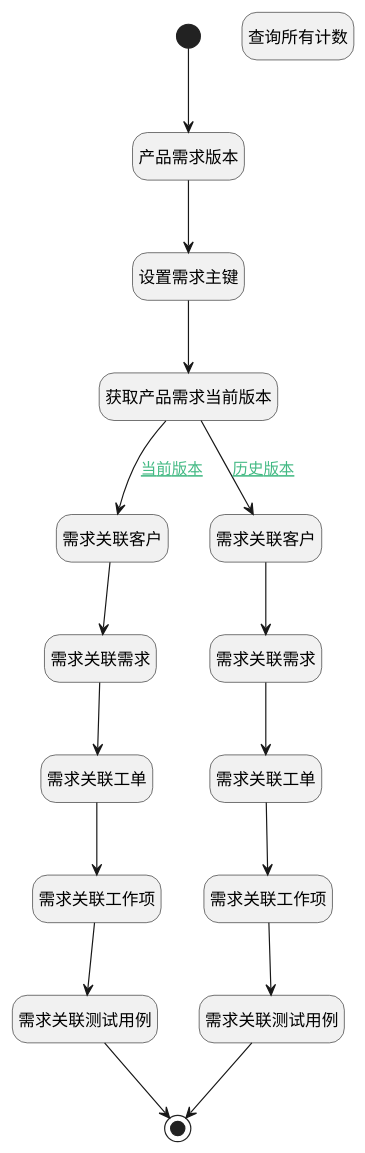
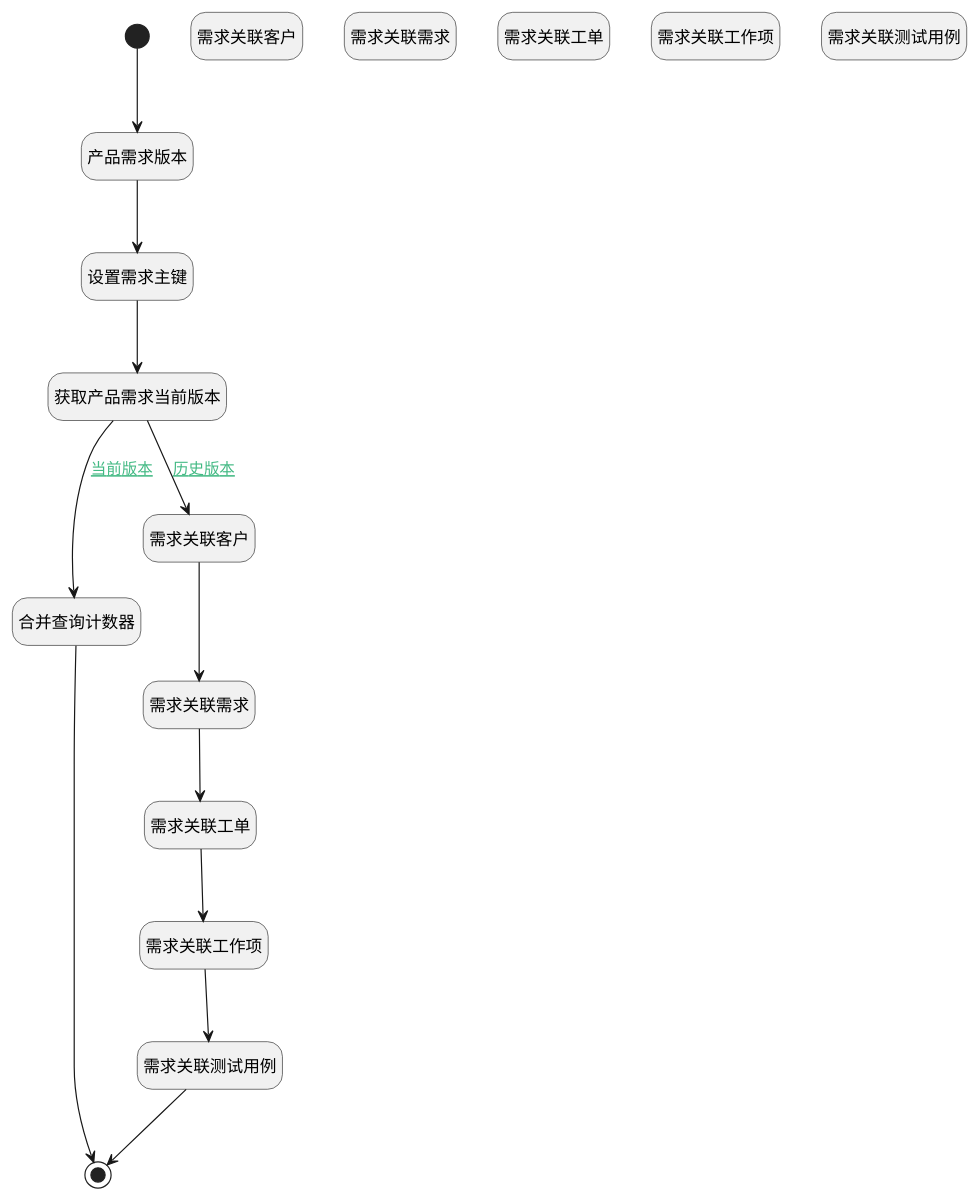
Before and after one commit to iBizLab/plm: the diagram in doc/docsify/module/ProdMgmt/idea/logic/product_idea_re_counters.md, drawn with PlantUML. The commit also changed other lines of this file and 2688 other files, not shown here.

````diff
--- a/doc/docsify/module/ProdMgmt/idea/logic/product_idea_re_counters.md
+++ b/doc/docsify/module/ProdMgmt/idea/logic/product_idea_re_counters.md
@@ -7,47 +7,43 @@
 ```plantuml
 @startuml
 hide empty description
 <style>
 root {
   HyperlinkColor #42b983
 }
 </style>
 
 hide empty description
 state "开始" as Begin <<start>> [[$./product_idea_re_counters#begin {"开始"}]]
 state "需求关联客户" as RAWSQLCALL1  [[$./product_idea_re_counters#rawsqlcall1 {"需求关联客户"}]]
 state "需求关联需求" as RAWSQLCALL2  [[$./product_idea_re_counters#rawsqlcall2 {"需求关联需求"}]]
 state "需求关联工单" as RAWSQLCALL3  [[$./product_idea_re_counters#rawsqlcall3 {"需求关联工单"}]]
 state "需求关联工作项" as RAWSQLCALL4  [[$./product_idea_re_counters#rawsqlcall4 {"需求关联工作项"}]]
 state "需求关联测试用例" as RAWSQLCALL5  [[$./product_idea_re_counters#rawsqlcall5 {"需求关联测试用例"}]]
 state "结束" as END1 <<end>> [[$./product_idea_re_counters#end1 {"结束"}]]
 state "设置需求主键" as PREPAREPARAM1  [[$./product_idea_re_counters#prepareparam1 {"设置需求主键"}]]
 state "获取产品需求当前版本" as DEACTION1  [[$./product_idea_re_counters#deaction1 {"获取产品需求当前版本"}]]
-state "查询所有计数" as RAWSQLCALL12  [[$./product_idea_re_counters#rawsqlcall12 {"查询所有计数"}]]
+state "合并查询计数器" as RAWSQLCALL12  [[$./product_idea_re_counters#rawsqlcall12 {"合并查询计数器"}]]
 state "产品需求版本" as RAWSQLCALL6  [[$./product_idea_re_counters#rawsqlcall6 {"产品需求版本"}]]
 state "需求关联客户" as RAWSQLCALL7  [[$./product_idea_re_counters#rawsqlcall7 {"需求关联客户"}]]
 state "需求关联需求" as RAWSQLCALL8  [[$./product_idea_re_counters#rawsqlcall8 {"需求关联需求"}]]
 state "需求关联工单" as RAWSQLCALL9  [[$./product_idea_re_counters#rawsqlcall9 {"需求关联工单"}]]
 state "需求关联工作项" as RAWSQLCALL10  [[$./product_idea_re_counters#rawsqlcall10 {"需求关联工作项"}]]
 state "需求关联测试用例" as RAWSQLCALL11  [[$./product_idea_re_counters#rawsqlcall11 {"需求关联测试用例"}]]
 
 
 Begin --> RAWSQLCALL6
 RAWSQLCALL6 --> PREPAREPARAM1
 PREPAREPARAM1 --> DEACTION1
-DEACTION1 --> RAWSQLCALL1 : [[$./product_idea_re_counters#deaction1-rawsqlcall1{当前版本} 当前版本]]
-RAWSQLCALL1 --> RAWSQLCALL2
-RAWSQLCALL2 --> RAWSQLCALL3
-RAWSQLCALL3 --> RAWSQLCALL4
-RAWSQLCALL4 --> RAWSQLCALL5
-RAWSQLCALL5 --> END1
+DEACTION1 --> RAWSQLCALL12 : [[$./product_idea_re_counters#deaction1-rawsqlcall12{当前版本} 当前版本]]
+RAWSQLCALL12 --> END1
 DEACTION1 --> RAWSQLCALL7 : [[$./product_idea_re_counters#deaction1-rawsqlcall7{历史版本} 历史版本]]
 RAWSQLCALL7 --> RAWSQLCALL8
 RAWSQLCALL8 --> RAWSQLCALL9
 RAWSQLCALL9 --> RAWSQLCALL10
 RAWSQLCALL10 --> RAWSQLCALL11
 RAWSQLCALL11 --> END1
 
 
 @enduml
 ```
````
